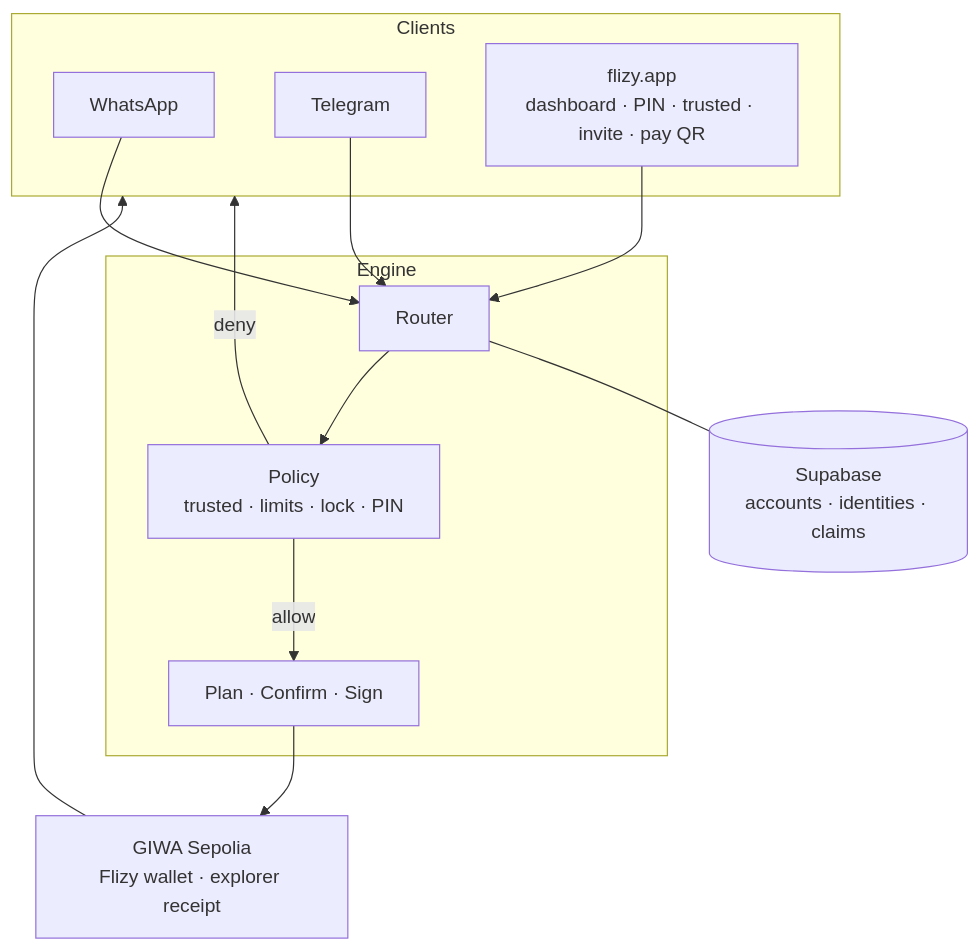
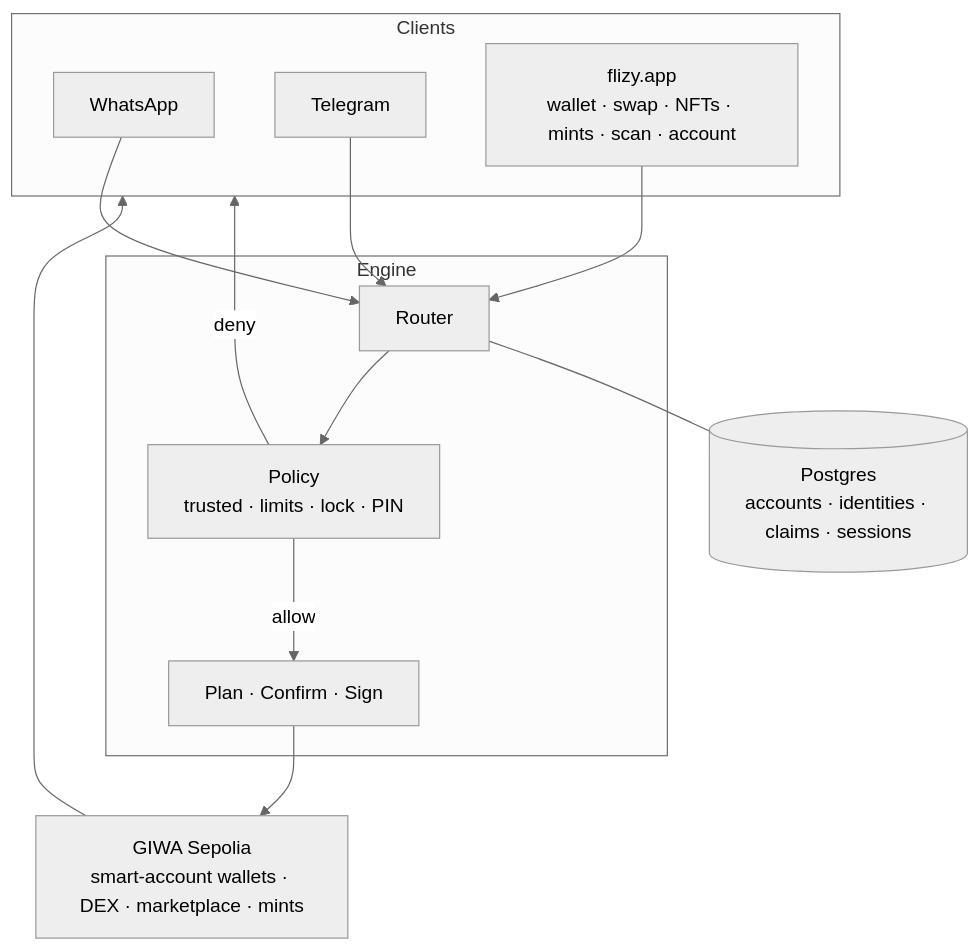
Before and after one commit to rudazy/flizy: the third of 5 diagrams in README.md, drawn with Mermaid. The commit also changed other lines of this file, not shown here.

````diff
--- a/README.md
+++ b/README.md
@@ -137,27 +218,28 @@
 ```mermaid
+%%{init: {'theme': 'neutral'}}%%
 flowchart TB
   subgraph clients["Clients"]
     WA["WhatsApp"]
     TG["Telegram"]
-    WEB["flizy.app<br/>dashboard · PIN · trusted · invite · pay QR"]
+    WEB["flizy.app<br/>wallet · swap · NFTs · mints · scan · account"]
   end
 
   subgraph engine["Engine"]
     R["Router"]
     P["Policy<br/>trusted · limits · lock · PIN"]
     X["Plan · Confirm · Sign"]
   end
 
-  DB[("Supabase<br/>accounts · identities · claims")]
-  CH["GIWA Sepolia<br/>Flizy wallet · explorer receipt"]
+  DB[("Postgres<br/>accounts · identities · claims · sessions")]
+  CH["GIWA Sepolia<br/>smart-account wallets · DEX · marketplace · mints"]
 
   WA --> R
   TG --> R
   WEB --> R
   R --> P
   P -->|allow| X
   P -->|deny| clients
   R --- DB
   X --> CH
   CH --> clients
 ```
````
